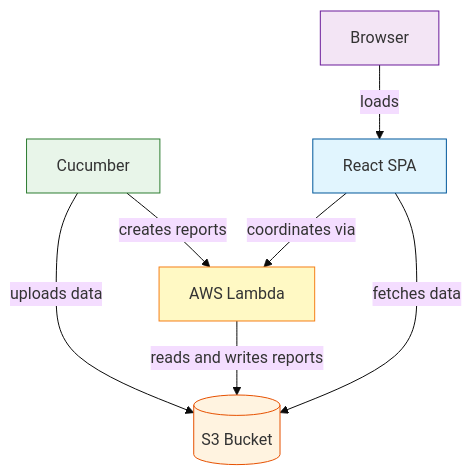
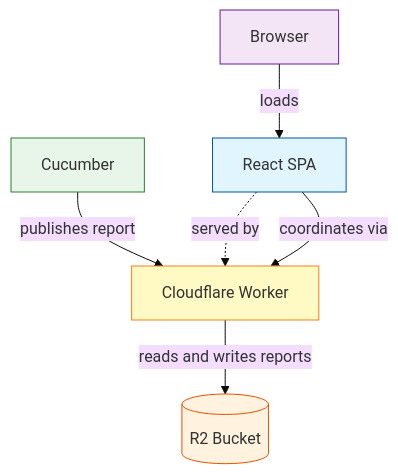
Before and after one commit to cucumber/cucumber-reports: the first of 3 diagrams in ARCHITECTURE.md, drawn with Mermaid (base theme). The commit also changed other lines of this file and 57 other files, not shown here.

````diff
--- a/ARCHITECTURE.md
+++ b/ARCHITECTURE.md
@@ -22,21 +21,20 @@
 ```mermaid
 graph TD
     Browser[Browser]:::browser
     Cucumber[Cucumber]:::cucumber
     SPA[React SPA]:::spa
-    Lambda[AWS Lambda]:::lambda
-    S3[(S3 Bucket)]:::s3
+    Worker[Cloudflare Worker]:::worker
+    R2[(R2 Bucket)]:::r2
 
-    Cucumber -->|uploads data| S3
-    Cucumber -->|creates reports| Lambda
-    Lambda -->|reads and writes reports| S3
+    Cucumber -->|publishes report| Worker
     Browser -->|loads| SPA
-    SPA -->|coordinates via| Lambda
-    SPA -->|fetches data| S3
+    SPA -.->|served by| Worker
+    SPA -->|coordinates via| Worker
+    Worker -->|reads and writes reports| R2
 
     classDef browser fill:#f3e5f5,stroke:#6a1b9a
     classDef cucumber fill:#e8f5e9,stroke:#2e7d32
     classDef spa fill:#e1f5fe,stroke:#01579b
-    classDef lambda fill:#fff9c4,stroke:#f57f17
-    classDef s3 fill:#fff3e0,stroke:#e65100
+    classDef worker fill:#fff9c4,stroke:#f57f17
+    classDef r2 fill:#fff3e0,stroke:#e65100
 ```
````
